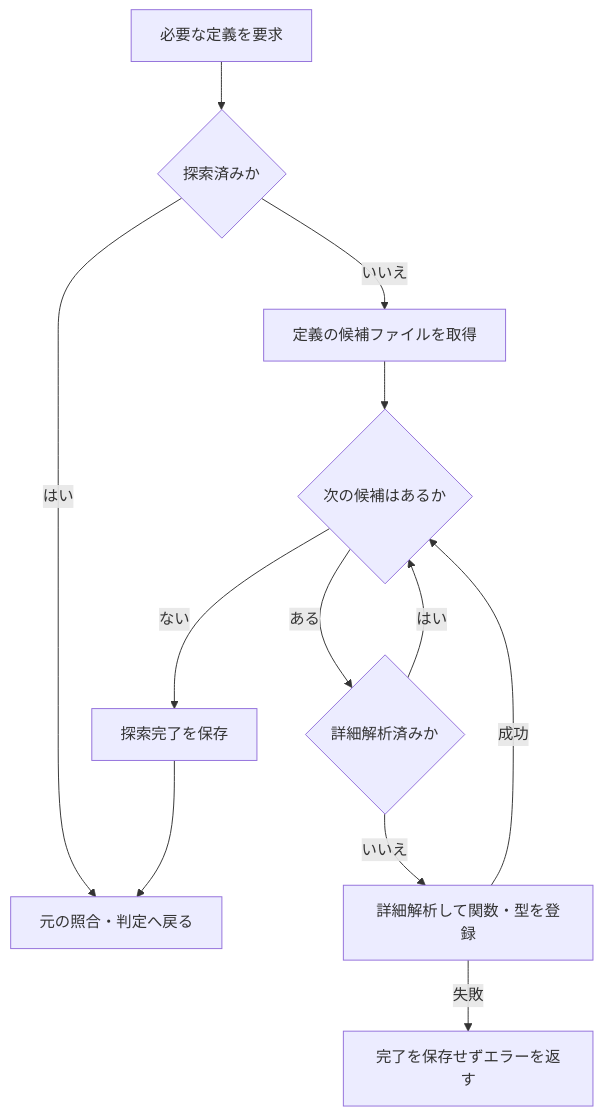
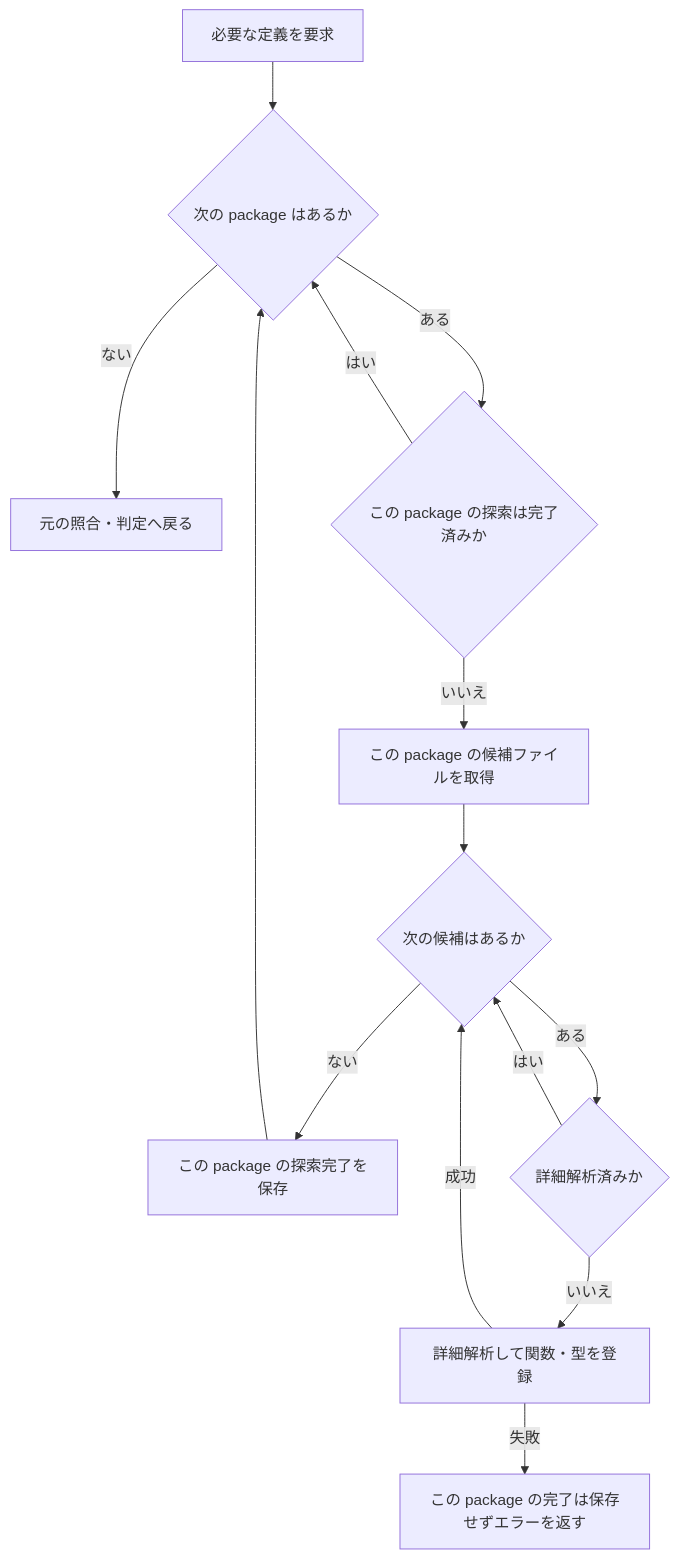
The third of 3 diagrams in docs/how-it-works.md (meian/rev-callgraph), drawn with Mermaid before and after one commit. The commit also changed other lines of this file, not shown here.

Commit message:
docs: 定義検索のpackage単位の完了状態を反映 #80

````diff
--- a/docs/how-it-works.md
+++ b/docs/how-it-works.md
@@ -108,14 +108,16 @@
 ```mermaid
 flowchart TD
-    Need[必要な定義を要求] --> Done{探索済みか}
-    Done -->|はい| Back[元の照合・判定へ戻る]
-    Done -->|いいえ| Locate[定義の候補ファイルを取得]
+    Need[必要な定義を要求] --> Package{次の package はあるか}
+    Package -->|ない| Back[元の照合・判定へ戻る]
+    Package -->|ある| Done{この package の探索は完了済みか}
+    Done -->|はい| Package
+    Done -->|いいえ| Locate[この package の候補ファイルを取得]
     Locate --> Next{次の候補はあるか}
-    Next -->|ない| Save[探索完了を保存]
-    Save --> Back
+    Next -->|ない| Save[この package の探索完了を保存]
+    Save --> Package
     Next -->|ある| Cached{詳細解析済みか}
     Cached -->|はい| Next
     Cached -->|いいえ| Parse[詳細解析して関数・型を登録]
     Parse -->|成功| Next
-    Parse -->|失敗| Error[完了を保存せずエラーを返す]
+    Parse -->|失敗| Error[この package の完了は保存せずエラーを返す]
 ```
````
